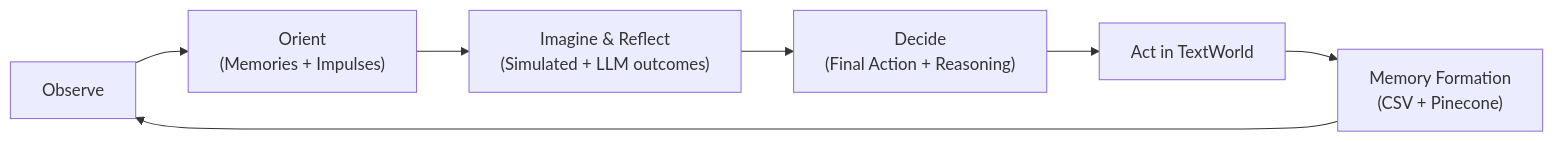
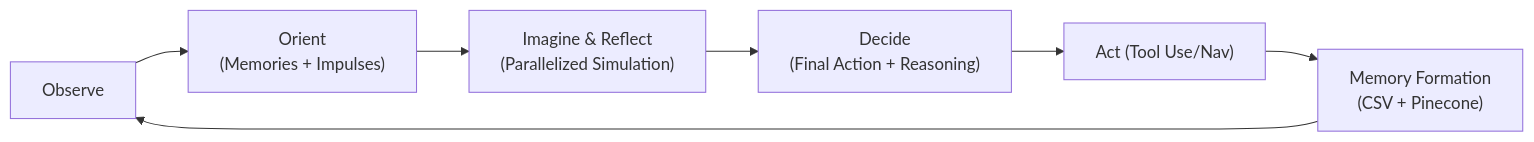
One commit to dataatsky/Project-Adam changed the second of 2 diagrams in readme.md. Above: the diagram before and after it, drawn with Mermaid. The commit also changed other lines of this file and 26 other files, not shown here.

````diff
--- a/readme.md
+++ b/readme.md
@@ -88,13 +90,13 @@
 ```mermaid
 flowchart LR
     O[Observe] --> R["Orient 
     (Memories + Impulses)"]
     R --> I["Imagine & Reflect
-    (Simulated + LLM outcomes)"]
+    (Parallelized Simulation)"]
     I --> D["Decide
     (Final Action + Reasoning)"]
-    D --> A["Act in TextWorld"]
+    D --> A["Act (Tool Use/Nav)"]
     A --> M["Memory Formation\n(CSV + Pinecone)"]
     M --> O
 
 ```
````
